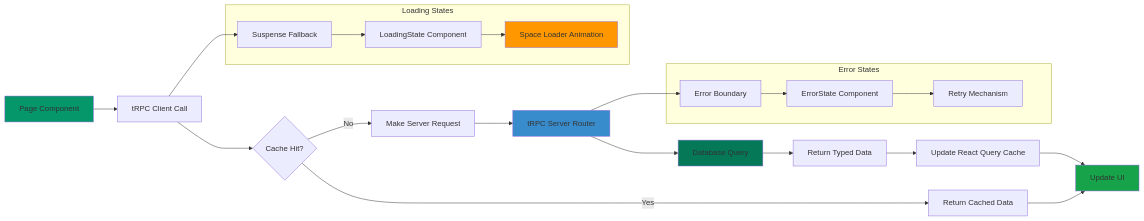
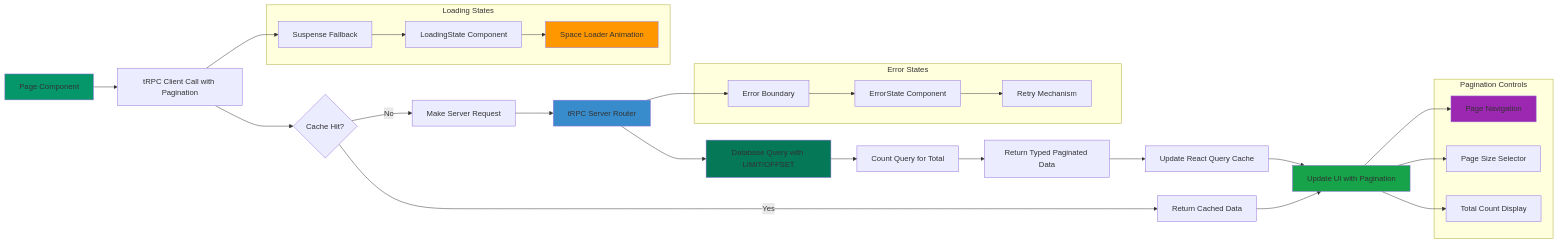
One commit to felipesanchez-dev/agentesia changed the third of 14 diagrams in README.md. Above: the diagram before and after it, drawn with Mermaid. The commit also changed other lines of this file, not shown here.

Commit message:
docs: Update README.md with enhanced features, architecture diagrams, and improved documentation

````diff
--- a/README.md
+++ b/README.md
@@ -225,43 +259,55 @@
 ```mermaid
 flowchart LR
-    A[Page Component] --> B[tRPC Client Call]
+    A[Page Component] --> B[tRPC Client Call with Pagination]
     B --> C{Cache Hit?}
-    
+
     C -->|Yes| D[Return Cached Data]
     C -->|No| E[Make Server Request]
-    
+
     E --> F[tRPC Server Router]
-    F --> G[Database Query]
-    G --> H[Return Typed Data]
-    
-    H --> I[Update React Query Cache]
-    I --> J[Update UI]
-    
-    D --> J
-    
+    F --> G[Database Query with LIMIT/OFFSET]
+    G --> H[Count Query for Total]
+    H --> I[Return Typed Paginated Data]
+
+    I --> J[Update React Query Cache]
+    J --> K[Update UI with Pagination]
+
+    D --> K
+
     subgraph "Loading States"
-        K[Suspense Fallback]
-        L[LoadingState Component]
-        M[Space Loader Animation]
+        L[Suspense Fallback]
+        M[LoadingState Component]
+        N[Space Loader Animation]
     end
-    
+
     subgraph "Error States"
-        N[Error Boundary]
-        O[ErrorState Component]
-        P[Retry Mechanism]
+        O[Error Boundary]
+        P[ErrorState Component]
+        Q[Retry Mechanism]
     end
-    
-    B --> K
-    K --> L
+
+    subgraph "Pagination Controls"
+        R[Page Navigation]
+        S[Page Size Selector]
+        T[Total Count Display]
+    end
+
+    B --> L
     L --> M
-    
-    F --> N
-    N --> O
+    M --> N
+
+    F --> O
     O --> P
-    
+    P --> Q
+
+    K --> R
+    K --> S
+    K --> T
+
     style A fill:#059669
     style F fill:#398CCB
     style G fill:#047857
-    style J fill:#16a34a
-    style M fill:#ff9800
+    style K fill:#16a34a
+    style N fill:#ff9800
+    style R fill:#9c27b0
 ```
````
